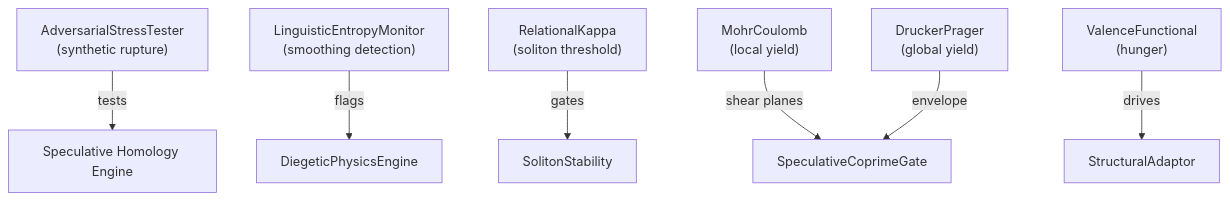
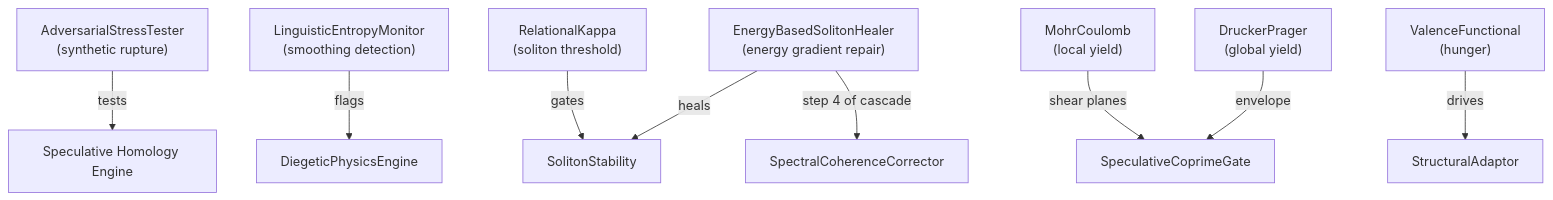
The diagram in docs/STRUCTURAL_MONITORS.md (ZenoNex/Gyroidic-Sparse-Covariance-Flux-Reasoner), drawn with Mermaid before and after one commit. The commit also changed other lines of this file, not shown here.

````diff
--- a/docs/STRUCTURAL_MONITORS.md
+++ b/docs/STRUCTURAL_MONITORS.md
@@ -107,9 +163,11 @@
 ```mermaid
 graph TB
     AST["AdversarialStressTester<br/>(synthetic rupture)"] -->|tests| SHE["Speculative Homology Engine"]
     LEM["LinguisticEntropyMonitor<br/>(smoothing detection)"] -->|flags| DPE["DiegeticPhysicsEngine"]
     RK["RelationalKappa<br/>(soliton threshold)"] -->|gates| SOL["SolitonStability"]
     MC["MohrCoulomb<br/>(local yield)"] -->|shear planes| SCCCG["SpeculativeCoprimeGate"]
     DP["DruckerPrager<br/>(global yield)"] -->|envelope| SCCCG
     VF["ValenceFunctional<br/>(hunger)"] -->|drives| TRAIN["StructuralAdaptor"]
+    EBSH["EnergyBasedSolitonHealer<br/>(energy gradient repair)"] -->|heals| SOL
+    EBSH -->|step 4 of cascade| SCC["SpectralCoherenceCorrector"]
 ```
````
